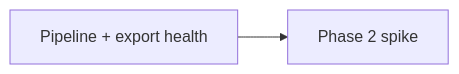
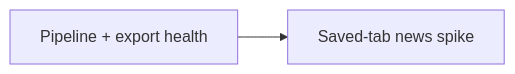
Before and after one commit to ramialfahham/stock-explorer-app: the diagram in docs/product_roadmap_2026-06.md, drawn with Mermaid. The commit also changed other lines of this file and 8 other files, not shown here.

````diff
--- a/docs/product_roadmap_2026-06.md
+++ b/docs/product_roadmap_2026-06.md
@@ -41,6 +53,6 @@
 ```mermaid
 flowchart LR
   Ops1[Pipeline + export health]
-  Phase2[Phase 2 spike]
+  Phase2[Saved-tab news spike]
   Ops1 --> Phase2
 ```
````
